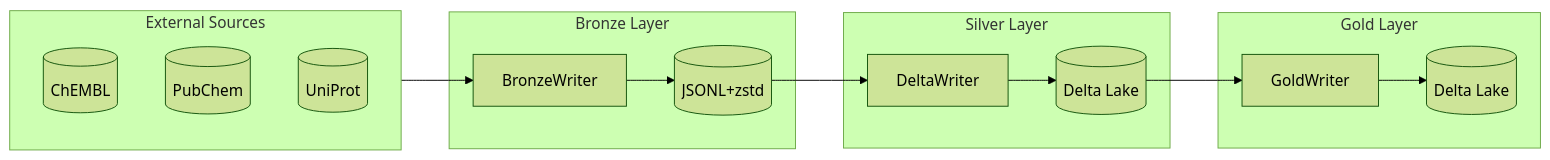
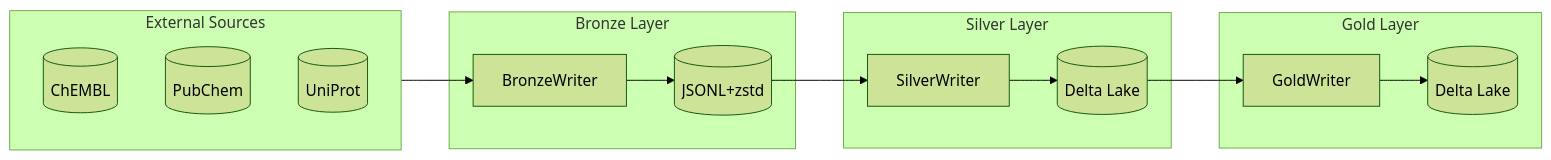
Before and after one commit to SatoryKono/BioactivityDataAcquisition: the sixth of 9 diagrams in docs/02-architecture/diagrams.md, drawn with Mermaid (forest theme). The commit also changed 17 other files, not shown here.

````diff
--- a/docs/02-architecture/diagrams.md
+++ b/docs/02-architecture/diagrams.md
@@ -198,27 +198,27 @@
 ```mermaid
 flowchart LR
     subgraph Sources["External Sources"]
         ChEMBL[(ChEMBL)]
         PubChem[(PubChem)]
         UniProt[(UniProt)]
     end
 
     subgraph Bronze["Bronze Layer"]
         BW[BronzeWriter]
         BD[("JSONL+zstd")]
     end
 
     subgraph Silver["Silver Layer"]
-        DW[DeltaWriter]
+        DW[SilverWriter]
         SD[("Delta Lake")]
     end
 
     subgraph Gold["Gold Layer"]
         GW[GoldWriter]
         GD[("Delta Lake")]
     end
 
     Sources --> BW --> BD
     BD --> DW --> SD
     SD --> GW --> GD
 ```
````
